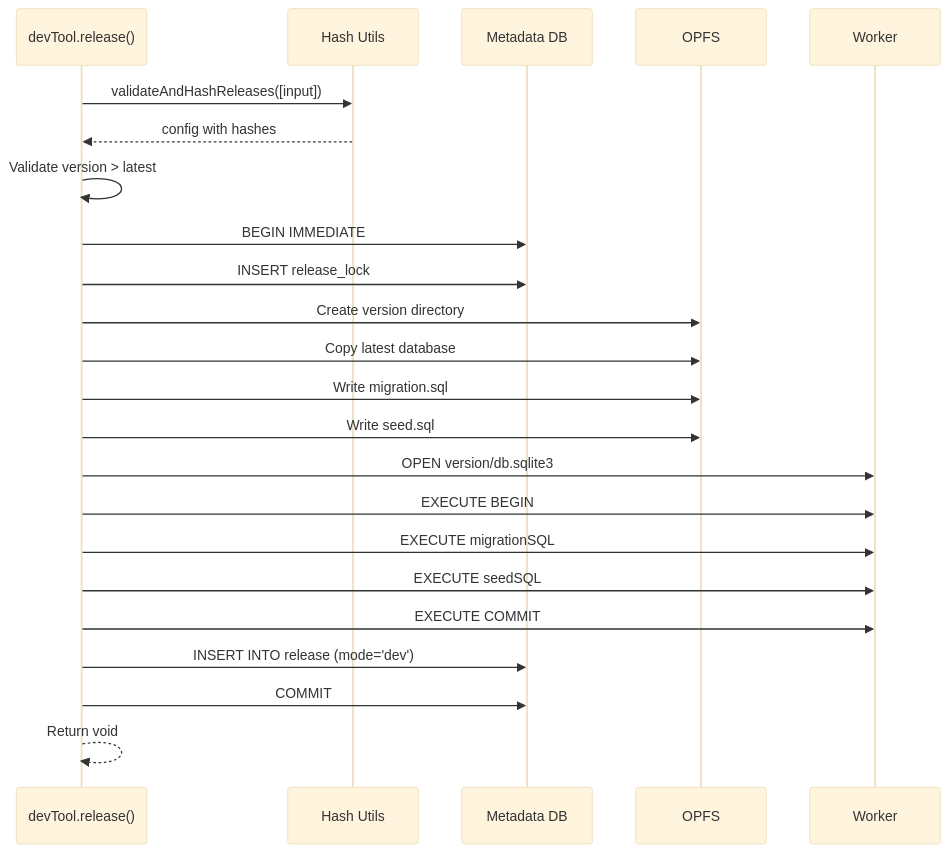
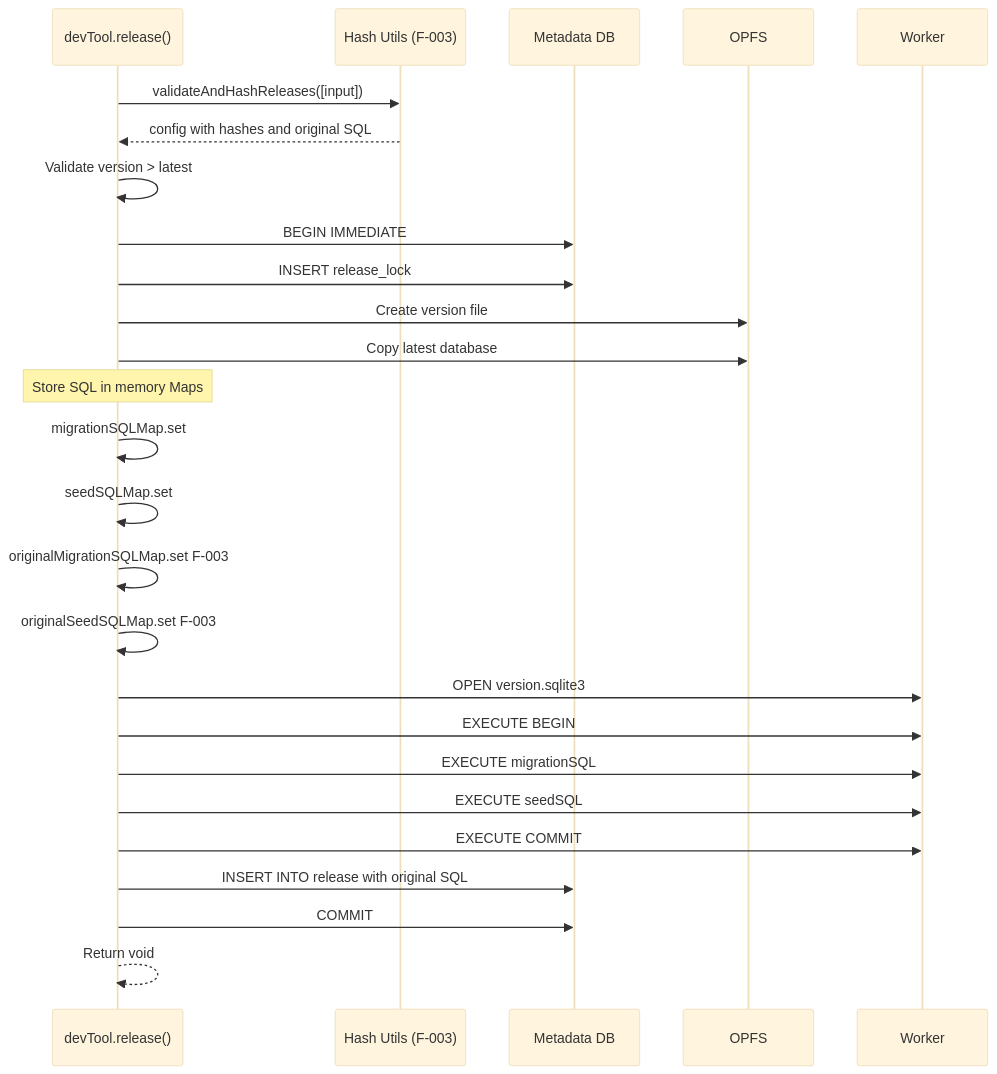
The seventh of 8 diagrams in agent-docs/05-design/03-modules/release-management.md (wuchuheng/web-sqlite-js), drawn with Mermaid (base theme) before and after one commit. The commit also changed other lines of this file and 52 other files, not shown here.

First line of the commit message:
feat(release): implement two-tier SQL validation for hash mismatch detection

````diff
--- a/agent-docs/05-design/03-modules/release-management.md
+++ b/agent-docs/05-design/03-modules/release-management.md
@@ -625,32 +956,36 @@
 ```mermaid
 sequenceDiagram
     participant App as devTool.release()
-    participant Hash as Hash Utils
+    participant Hash as Hash Utils (F-003)
     participant Meta as Metadata DB
     participant OPFS as OPFS
     participant Worker as Worker
 
     App->>Hash: validateAndHashReleases([input])
-    Hash-->>App: config with hashes
+    Hash-->>App: config with hashes and original SQL
 
     App->>App: Validate version > latest
 
     App->>Meta: BEGIN IMMEDIATE
     App->>Meta: INSERT release_lock
 
-    App->>OPFS: Create version directory
+    App->>OPFS: Create version file
     App->>OPFS: Copy latest database
-    App->>OPFS: Write migration.sql
-    App->>OPFS: Write seed.sql
 
-    App->>Worker: OPEN version/db.sqlite3
+    Note over App: Store SQL in memory Maps
+    App->>App: migrationSQLMap.set
+    App->>App: seedSQLMap.set
+    App->>App: originalMigrationSQLMap.set F-003
+    App->>App: originalSeedSQLMap.set F-003
+
+    App->>Worker: OPEN version.sqlite3
     App->>Worker: EXECUTE BEGIN
     App->>Worker: EXECUTE migrationSQL
     App->>Worker: EXECUTE seedSQL
     App->>Worker: EXECUTE COMMIT
 
-    App->>Meta: INSERT INTO release (mode='dev')
+    App->>Meta: INSERT INTO release with original SQL
     App->>Meta: COMMIT
 
     App-->>App: Return void
 ```
````
